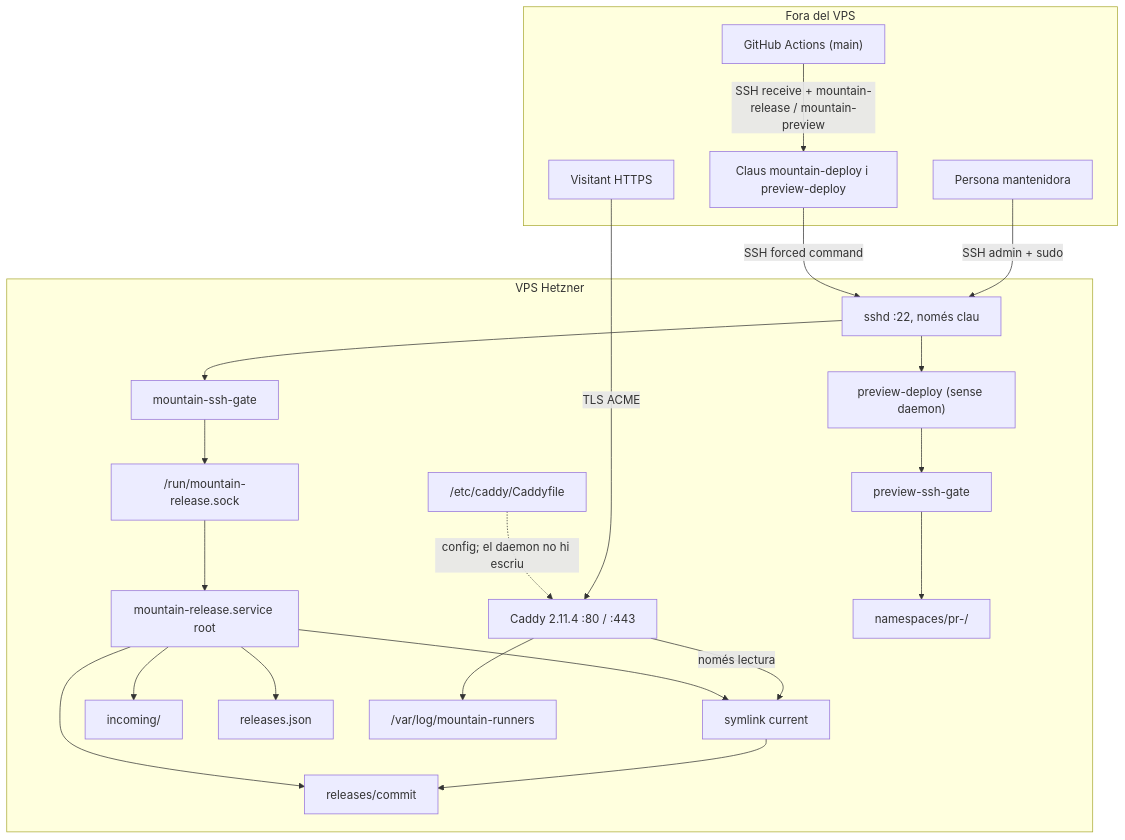
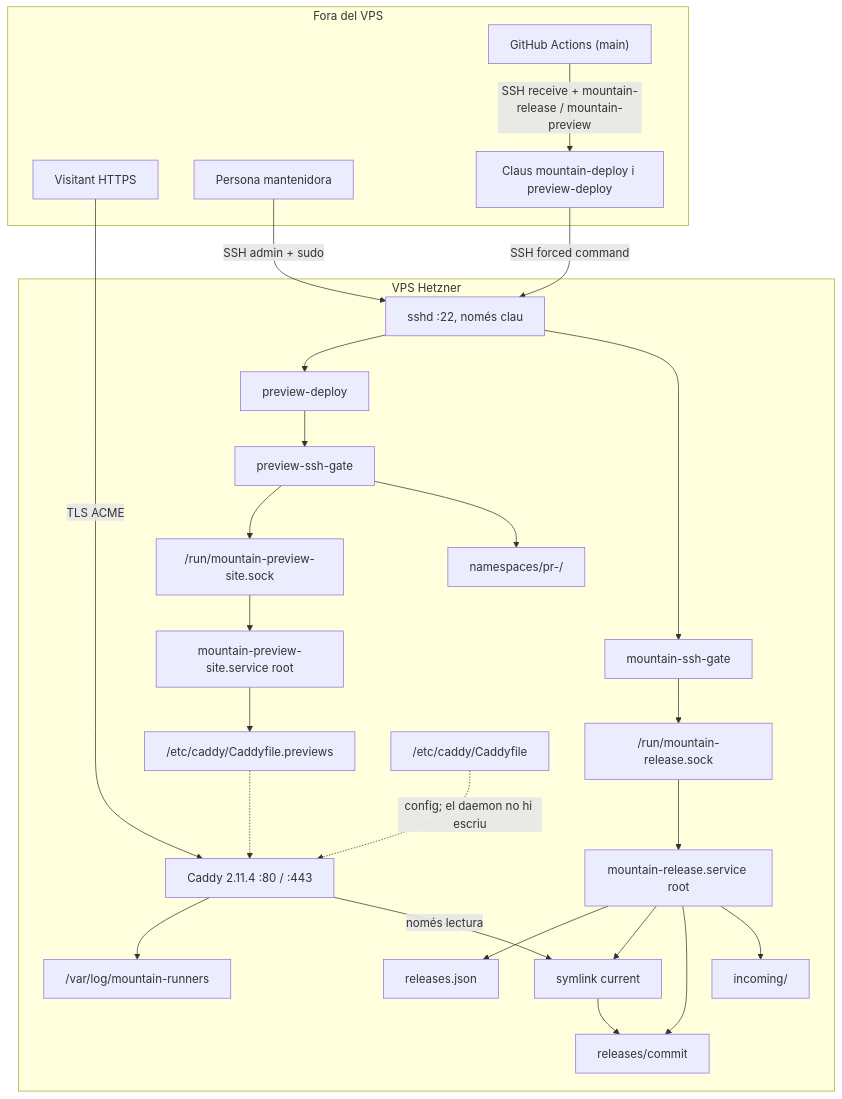
One commit to rboixaderg/mountain-runners changed the first of 3 diagrams in docs/runbook.md. Above: the diagram before and after it, drawn with Mermaid. The commit also changed other lines of this file and 43 other files, not shown here.

````diff
--- a/docs/runbook.md
+++ b/docs/runbook.md
@@ -71,45 +73,52 @@
 ```mermaid
 flowchart TB
   subgraph Fora["Fora del VPS"]
     Visitant["Visitant HTTPS"]
     Mantenidora["Persona mantenidora"]
     Actions["GitHub Actions (main)"]
     DeployKey["Claus mountain-deploy i preview-deploy"]
   end
 
   subgraph VPS["VPS Hetzner"]
     sshd["sshd :22, només clau"]
     Caddy["Caddy 2.11.4 :80 / :443"]
     Gate["mountain-ssh-gate"]
     Daemon["mountain-release.service root"]
     PreviewGate["preview-ssh-gate"]
-    PreviewIdentity["preview-deploy (sense daemon)"]
+    PreviewIdentity["preview-deploy"]
     PreviewNamespaces["namespaces/pr-<n>/"]
+    PreviewSiteSock["/run/mountain-preview-site.sock"]
+    PreviewSiteDaemon["mountain-preview-site.service root"]
+    PreviewCaddyfile["/etc/caddy/Caddyfile.previews"]
     Sock["/run/mountain-release.sock"]
     Current["symlink current"]
     Releases["releases/commit"]
     Incoming["incoming/"]
     Registry["releases.json"]
     Logs["/var/log/mountain-runners"]
     Caddyfile["/etc/caddy/Caddyfile"]
   end
 
   Visitant -->|"TLS ACME"| Caddy
   Caddy -->|"només lectura"| Current
   Current --> Releases
   Caddy --> Logs
   Caddyfile -.->|"config; el daemon no hi escriu"| Caddy
   Mantenidora -->|"SSH admin + sudo"| sshd
   Actions -->|"SSH receive + mountain-release / mountain-preview"| DeployKey
   DeployKey -->|"SSH forced command"| sshd
   sshd --> Gate
   sshd --> PreviewIdentity
   Gate --> Sock
   Sock --> Daemon
   Daemon --> Incoming
   Daemon --> Releases
   Daemon --> Current
   Daemon --> Registry
   PreviewIdentity --> PreviewGate
   PreviewGate --> PreviewNamespaces
+  PreviewGate --> PreviewSiteSock
+  PreviewSiteSock --> PreviewSiteDaemon
+  PreviewSiteDaemon --> PreviewCaddyfile
+  PreviewCaddyfile -.-> Caddy
 ```
````
